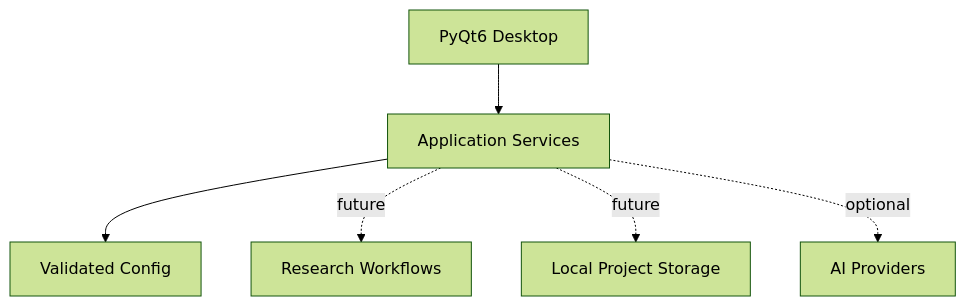
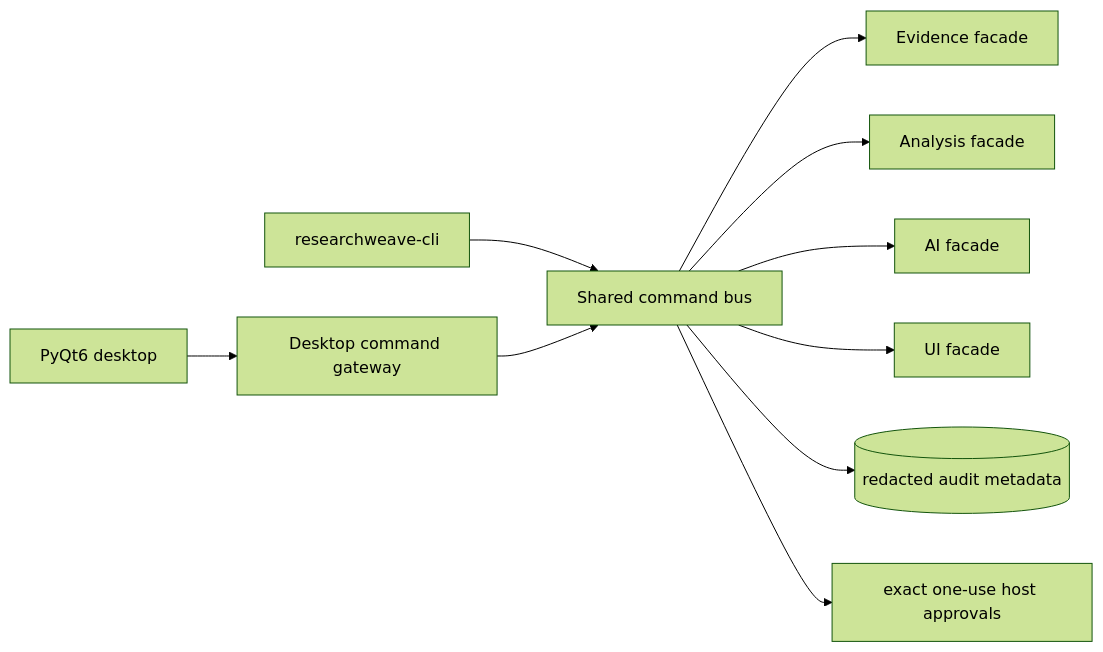
Before and after one commit to aradmanamnaoon/researchweave: the diagram in README.md, drawn with Mermaid (forest theme). The commit also changed other lines of this file and 181 other files, not shown here.

````diff
--- a/README.md
+++ b/README.md
@@ -48,8 +55,12 @@
 ```mermaid
-flowchart TD
-  UI[PyQt6 Desktop] --> APP[Application Services]
-  APP --> CONFIG[Validated Config]
-  APP -. future .-> RESEARCH[Research Workflows]
-  APP -. future .-> STORAGE[Local Project Storage]
-  APP -. optional .-> AI[AI Providers]
+flowchart LR
+    UI[PyQt6 desktop] --> G[Desktop command gateway]
+    CLI[researchweave-cli] --> BUS[Shared command bus]
+    G --> BUS
+    BUS --> E[Evidence facade]
+    BUS --> A[Analysis facade]
+    BUS --> AI[AI facade]
+    BUS --> U[UI facade]
+    BUS --> AUDIT[(redacted audit metadata)]
+    BUS --> AUTH[exact one-use host approvals]
 ```
````
